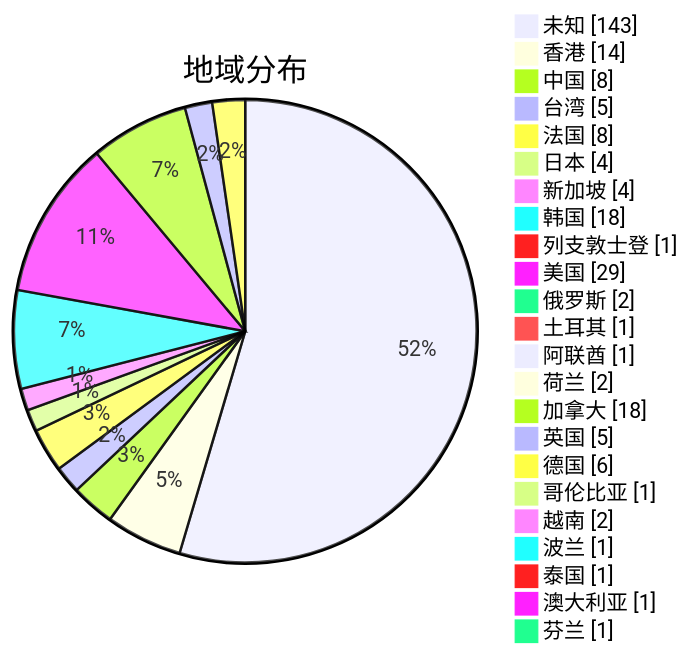
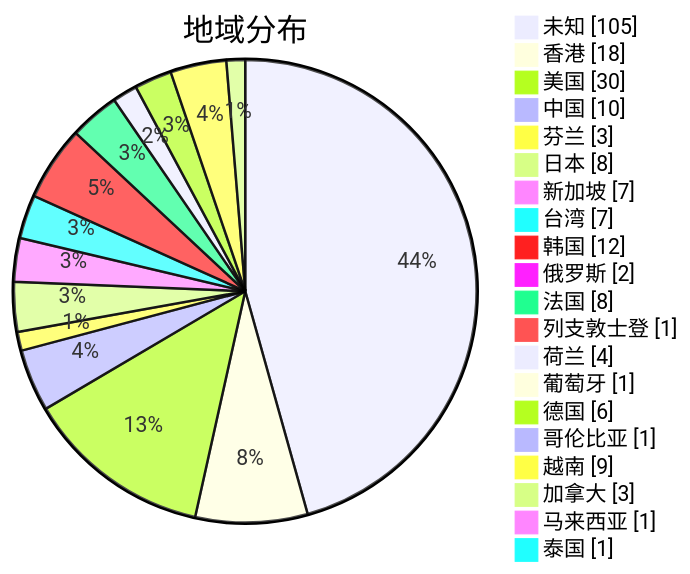
One commit to sinspired/airport changed the second of 3 diagrams in subs/statistics/tested_within.md. Above: the diagram before and after it, drawn with Mermaid. The commit also changed other lines of this file and 2 other files, not shown here.

Commit message:
Committed by metaST

````diff
--- a/subs/statistics/tested_within.md
+++ b/subs/statistics/tested_within.md
@@ -15,27 +13,24 @@
 ```mermaid
 pie showData
 title 地域分布
-"未知" : 143
-"香港" : 14
-"中国" : 8
-"台湾" : 5
+"未知" : 105
+"香港" : 18
+"美国" : 30
+"中国" : 10
+"芬兰" : 3
+"日本" : 8
+"新加坡" : 7
+"台湾" : 7
+"韩国" : 12
+"俄罗斯" : 2
 "法国" : 8
-"日本" : 4
-"新加坡" : 4
-"韩国" : 18
 "列支敦士登" : 1
-"美国" : 29
-"俄罗斯" : 2
-"土耳其" : 1
-"阿联酋" : 1
-"荷兰" : 2
-"加拿大" : 18
-"英国" : 5
+"荷兰" : 4
+"葡萄牙" : 1
 "德国" : 6
 "哥伦比亚" : 1
-"越南" : 2
-"波兰" : 1
+"越南" : 9
+"加拿大" : 3
+"马来西亚" : 1
 "泰国" : 1
-"澳大利亚" : 1
-"芬兰" : 1
 ```
````
